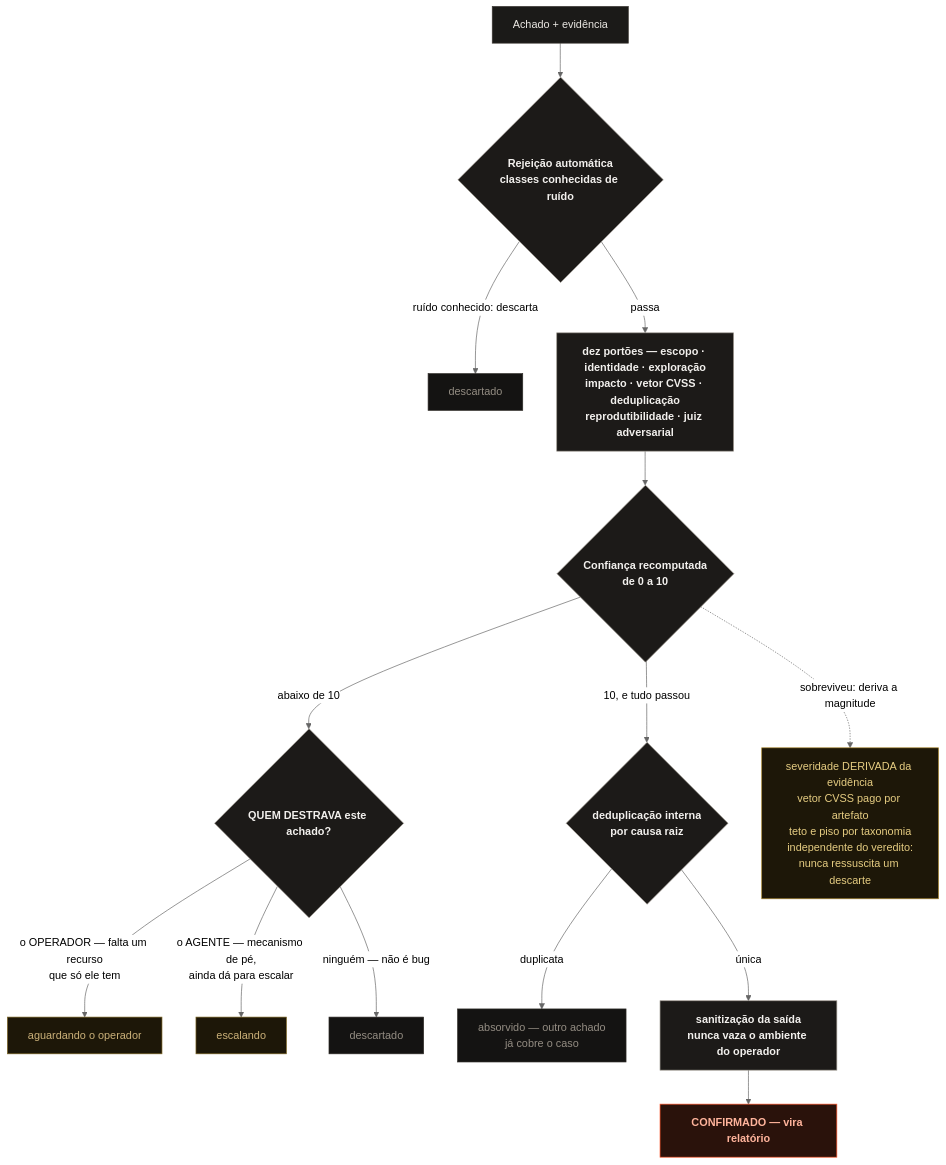
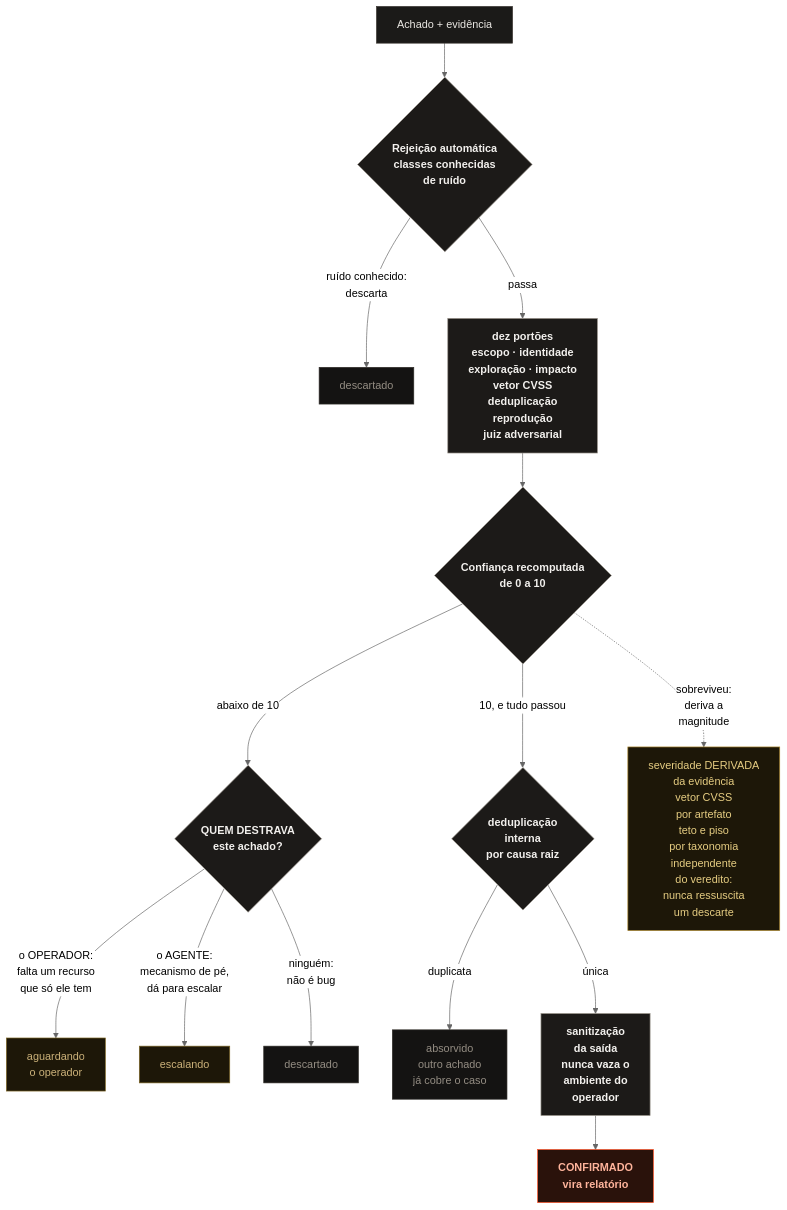
The diagram in diagrams/firewall.mmd (pablodlz/portfolio), drawn with Mermaid (neutral theme) before and after one commit. The commit also changed 14 other files, not shown here.

First line of the commit message:
fix(omni-pentest): a figura cortada — piso de legibilidade fora, e o texto que faltava na abertura

```diff
--- a/diagrams/firewall.mmd
+++ b/diagrams/firewall.mmd
@@ -1,22 +1,26 @@
 %% O funil de validação. O padrão é descartar — e o descarte se parte em duas
 %% filas pela única pergunta acionável: "quem destrava este achado?".
+%% A largura NATURAL do diagrama é o que decide o tamanho da letra na página
+%% (ver diagrams/README.md). Aqui ela é ditada pela fileira de CINCO saídas lá
+%% embaixo: cada linha de rótulo passa a valer ~8px de largura final, então
+%% mantenha as quebras curtas — nas saídas, ~16 caracteres.
 flowchart TD
-  F["Achado + evidência"]:::step --> AR{"Rejeição automática<br/>classes conhecidas de ruído"}:::gate
-  AR -->|"ruído conhecido: descarta"| K0["descartado"]:::drop
-  AR -->|"passa"| G["dez portões — escopo · identidade · exploração<br/>impacto · vetor CVSS · deduplicação<br/>reprodutibilidade · juiz adversarial"]:::gate
+  F["Achado + evidência"]:::step --> AR{"Rejeição automática<br/>classes conhecidas<br/>de ruído"}:::gate
+  AR -->|"ruído conhecido:<br/>descarta"| K0["descartado"]:::drop
+  AR -->|"passa"| G["dez portões<br/>escopo · identidade<br/>exploração · impacto<br/>vetor CVSS<br/>deduplicação<br/>reprodução<br/>juiz adversarial"]:::gate
   G --> C{"Confiança recomputada<br/>de 0 a 10"}:::gate
-  C -->|"abaixo de 10"| Q{"QUEM DESTRAVA este achado?"}:::gate
-  C -->|"10, e tudo passou"| DD{"deduplicação interna<br/>por causa raiz"}:::gate
-  Q -->|"o OPERADOR — falta um recurso<br/>que só ele tem"| PB["aguardando o operador"]:::hold
-  Q -->|"o AGENTE — mecanismo de pé,<br/>ainda dá para escalar"| EG["escalando"]:::hold
-  Q -->|"ninguém — não é bug"| K["descartado"]:::drop
-  DD -->|"duplicata"| ARC["absorvido — outro achado<br/>já cobre o caso"]:::drop
-  DD -->|"única"| SAN["sanitização da saída<br/>nunca vaza o ambiente do operador"]:::gate
-  SAN --> R["CONFIRMADO — vira relatório"]:::win
-  C -.->|"sobreviveu: deriva a magnitude"| SEV["severidade DERIVADA da evidência<br/>vetor CVSS pago por artefato<br/>teto e piso por taxonomia<br/>independente do veredito:<br/>nunca ressuscita um descarte"]:::sev
+  C -->|"abaixo de 10"| Q{"QUEM DESTRAVA<br/>este achado?"}:::gate
+  C -->|"10, e tudo passou"| DD{"deduplicação<br/>interna<br/>por causa raiz"}:::gate
+  Q -->|"o OPERADOR:<br/>falta um recurso<br/>que só ele tem"| PB["aguardando<br/>o operador"]:::hold
+  Q -->|"o AGENTE:<br/>mecanismo de pé,<br/>dá para escalar"| EG["escalando"]:::hold
+  Q -->|"ninguém:<br/>não é bug"| K["descartado"]:::drop
+  DD -->|"duplicata"| ARC["absorvido<br/>outro achado<br/>já cobre o caso"]:::drop
+  DD -->|"única"| SAN["sanitização<br/>da saída<br/>nunca vaza o<br/>ambiente do<br/>operador"]:::gate
+  SAN --> R["CONFIRMADO<br/>vira relatório"]:::win
+  C -.->|"sobreviveu:<br/>deriva a<br/>magnitude"| SEV["severidade DERIVADA<br/>da evidência<br/>vetor CVSS<br/>por artefato<br/>teto e piso<br/>por taxonomia<br/>independente<br/>do veredito:<br/>nunca ressuscita<br/>um descarte"]:::sev
   classDef gate fill:#1c1a18,stroke:#9a948b,color:#f2f0ed,font-weight:bold
   classDef step fill:#1b1a18,stroke:#3a3631,color:#eae7e2
   classDef drop fill:#141312,stroke:#2e2b27,color:#948d83
   classDef hold fill:#1d1708,stroke:#7a6320,color:#ccb27a
   classDef win fill:#2a120b,stroke:#ff5024,color:#ffb49c,font-weight:bold
   classDef sev fill:#1d1708,stroke:#a8842a,color:#e6cd82
```
